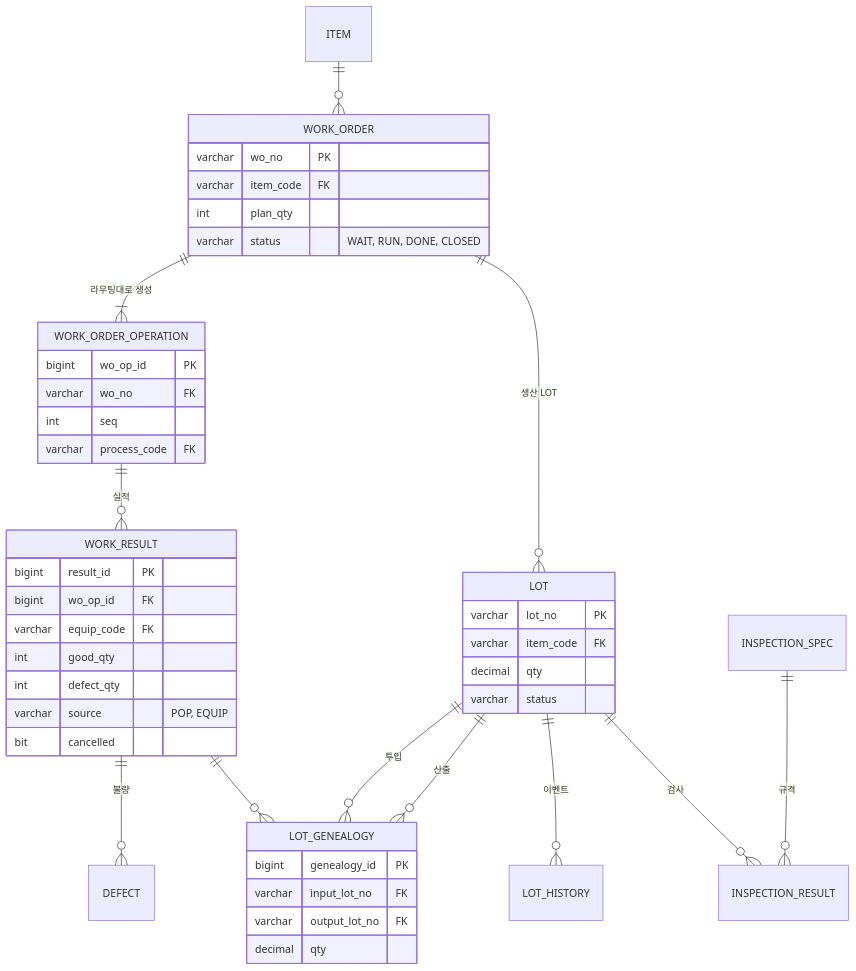
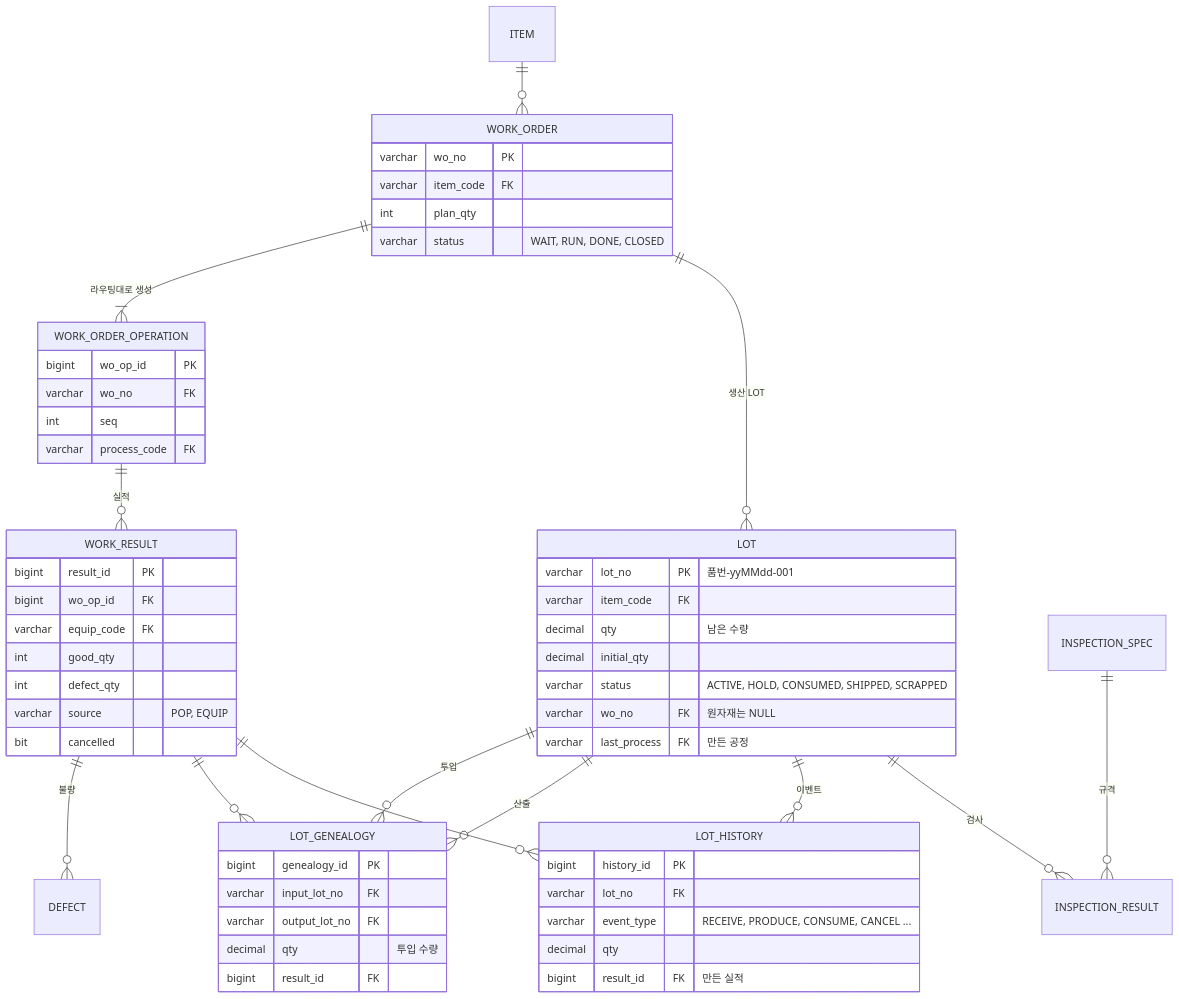
Before and after one commit to Minhong0/mes: the second of 3 diagrams in docs/erd.md, drawn with Mermaid. The commit also changed other lines of this file and 46 other files, not shown here.

````diff
--- a/docs/erd.md
+++ b/docs/erd.md
@@ -59,48 +60,60 @@
 ```mermaid
 erDiagram
     ITEM ||--o{ WORK_ORDER : ""
     WORK_ORDER ||--|{ WORK_ORDER_OPERATION : "라우팅대로 생성"
     WORK_ORDER_OPERATION ||--o{ WORK_RESULT : "실적"
     WORK_RESULT ||--o{ DEFECT : "불량"
     WORK_ORDER ||--o{ LOT : "생산 LOT"
     LOT ||--o{ LOT_GENEALOGY : "투입"
     LOT ||--o{ LOT_GENEALOGY : "산출"
     WORK_RESULT ||--o{ LOT_GENEALOGY : ""
+    WORK_RESULT ||--o{ LOT_HISTORY : ""
     LOT ||--o{ LOT_HISTORY : "이벤트"
     LOT ||--o{ INSPECTION_RESULT : "검사"
     INSPECTION_SPEC ||--o{ INSPECTION_RESULT : "규격"
 
     WORK_ORDER {
         varchar wo_no PK
         varchar item_code FK
         int plan_qty
         varchar status "WAIT, RUN, DONE, CLOSED"
     }
     WORK_ORDER_OPERATION {
         bigint wo_op_id PK
         varchar wo_no FK
         int seq
         varchar process_code FK
     }
     WORK_RESULT {
         bigint result_id PK
         bigint wo_op_id FK
         varchar equip_code FK
         int good_qty
         int defect_qty
         varchar source "POP, EQUIP"
         bit cancelled
     }
     LOT {
-        varchar lot_no PK
+        varchar lot_no PK "품번-yyMMdd-001"
         varchar item_code FK
-        decimal qty
-        varchar status
+        decimal qty "남은 수량"
+        decimal initial_qty
+        varchar status "ACTIVE, HOLD, CONSUMED, SHIPPED, SCRAPPED"
+        varchar wo_no FK "원자재는 NULL"
+        varchar last_process FK "만든 공정"
     }
     LOT_GENEALOGY {
         bigint genealogy_id PK
         varchar input_lot_no FK
         varchar output_lot_no FK
+        decimal qty "투입 수량"
+        bigint result_id FK
+    }
+    LOT_HISTORY {
+        bigint history_id PK
+        varchar lot_no FK
+        varchar event_type "RECEIVE, PRODUCE, CONSUME, CANCEL ..."
         decimal qty
+        bigint result_id FK "만든 실적"
     }
 ```
````
